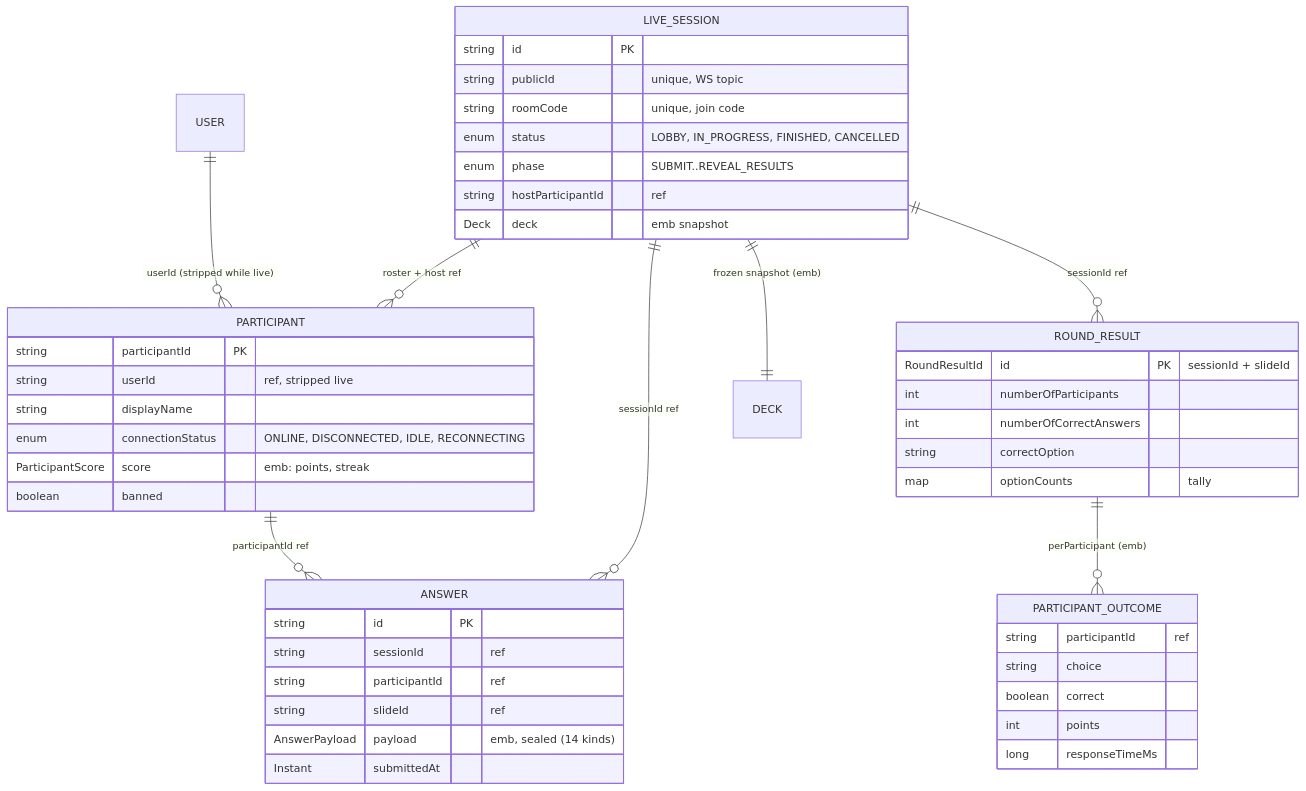
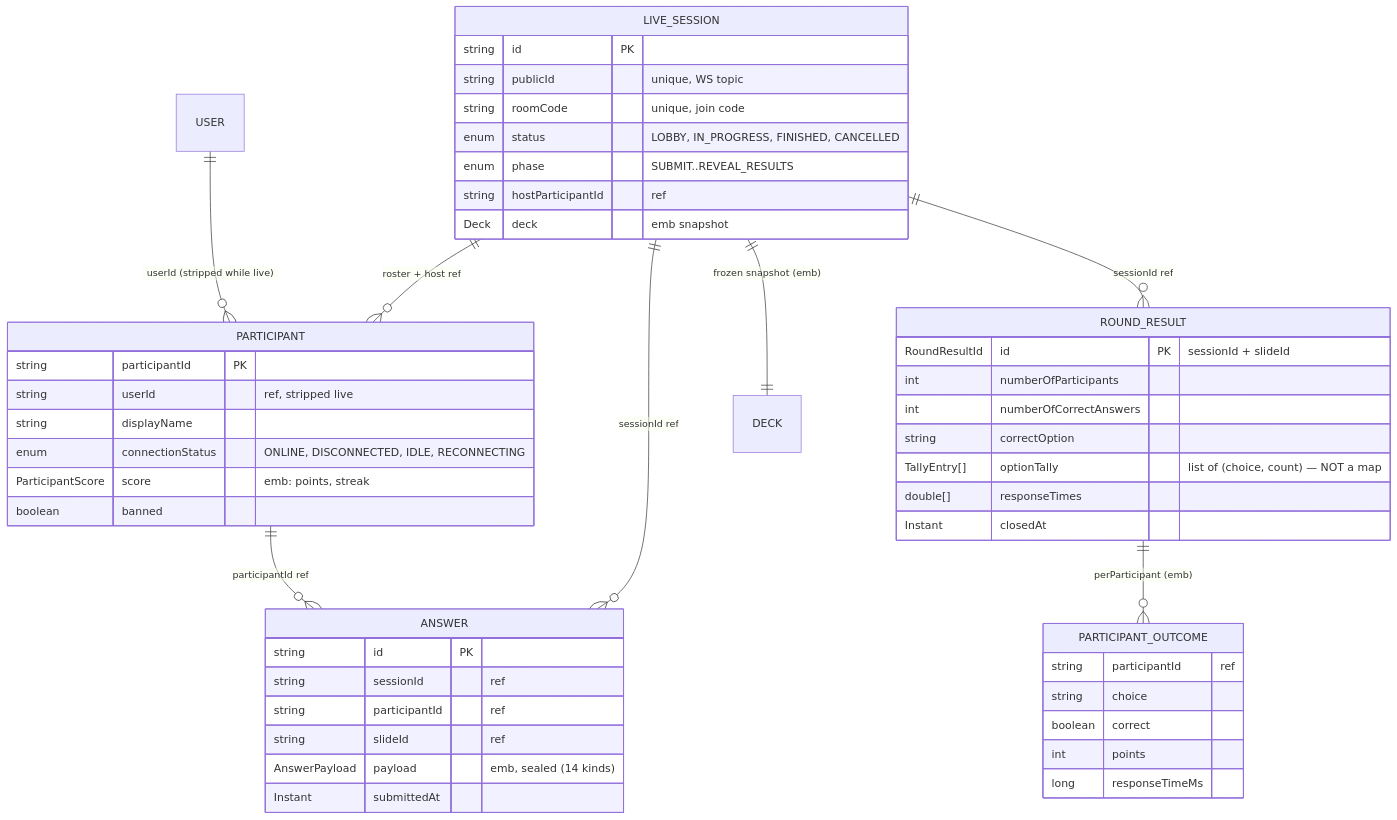
Before and after one commit to Saganaut/ambi: the third of 5 diagrams in z-docs/diagrams/domain-model.md, drawn with Mermaid. The commit also changed other lines of this file and 91 other files, not shown here.

````diff
--- a/z-docs/diagrams/domain-model.md
+++ b/z-docs/diagrams/domain-model.md
@@ -156,50 +155,52 @@
 ```mermaid
 erDiagram
     LIVE_SESSION ||--o{ PARTICIPANT : "roster + host ref"
     LIVE_SESSION ||--o{ ANSWER : "sessionId ref"
     LIVE_SESSION ||--o{ ROUND_RESULT : "sessionId ref"
     LIVE_SESSION ||--|| DECK : "frozen snapshot (emb)"
     PARTICIPANT ||--o{ ANSWER : "participantId ref"
     ROUND_RESULT ||--o{ PARTICIPANT_OUTCOME : "perParticipant (emb)"
     USER ||--o{ PARTICIPANT : "userId (stripped while live)"
 
     LIVE_SESSION {
         string id PK
         string publicId "unique, WS topic"
         string roomCode "unique, join code"
         enum status "LOBBY, IN_PROGRESS, FINISHED, CANCELLED"
         enum phase "SUBMIT..REVEAL_RESULTS"
         string hostParticipantId "ref"
         Deck deck "emb snapshot"
     }
     PARTICIPANT {
         string participantId PK
         string userId "ref, stripped live"
         string displayName
         enum connectionStatus "ONLINE, DISCONNECTED, IDLE, RECONNECTING"
         ParticipantScore score "emb: points, streak"
         boolean banned
     }
     ANSWER {
         string id PK
         string sessionId "ref"
         string participantId "ref"
         string slideId "ref"
         AnswerPayload payload "emb, sealed (14 kinds)"
         Instant submittedAt
     }
     ROUND_RESULT {
         RoundResultId id PK "sessionId + slideId"
         int numberOfParticipants
         int numberOfCorrectAnswers
         string correctOption
-        map optionCounts "tally"
+        TallyEntry[] optionTally "list of (choice, count) — NOT a map"
+        double[] responseTimes
+        Instant closedAt
     }
     PARTICIPANT_OUTCOME {
         string participantId "ref"
         string choice
         boolean correct
         int points
         long responseTimeMs
     }
 ```
````
